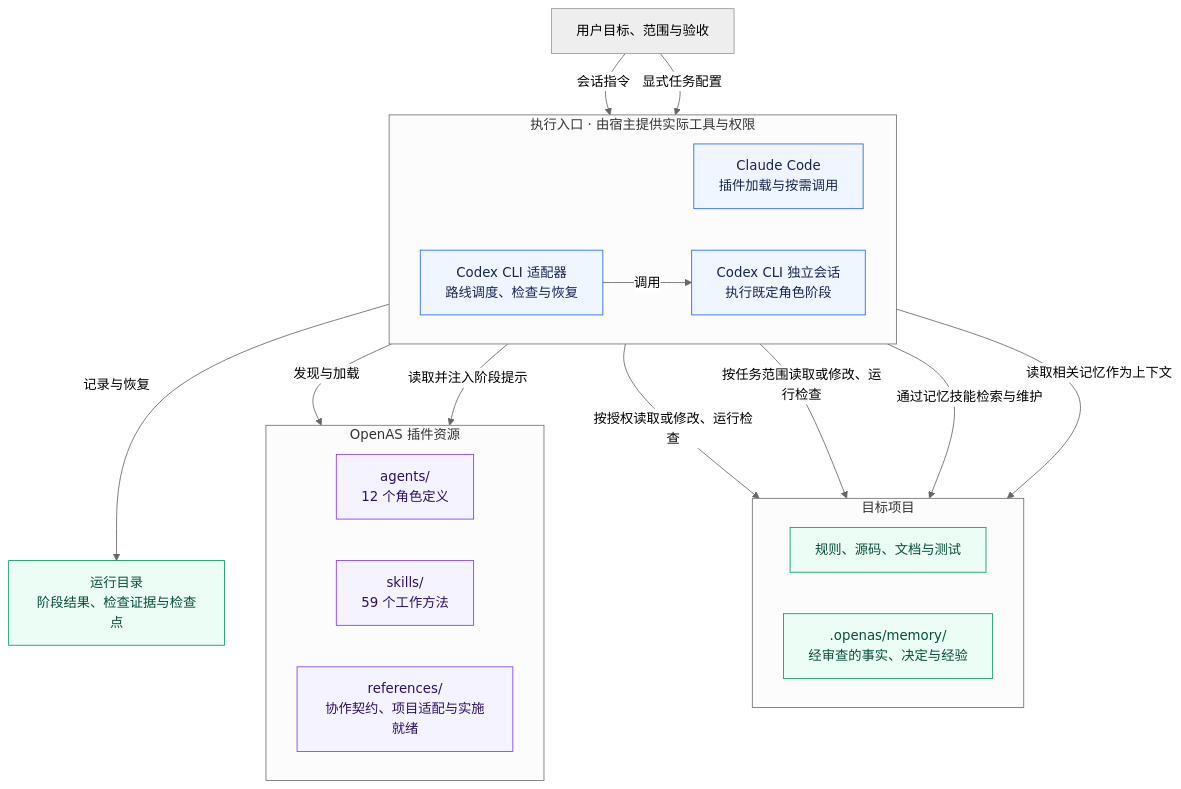
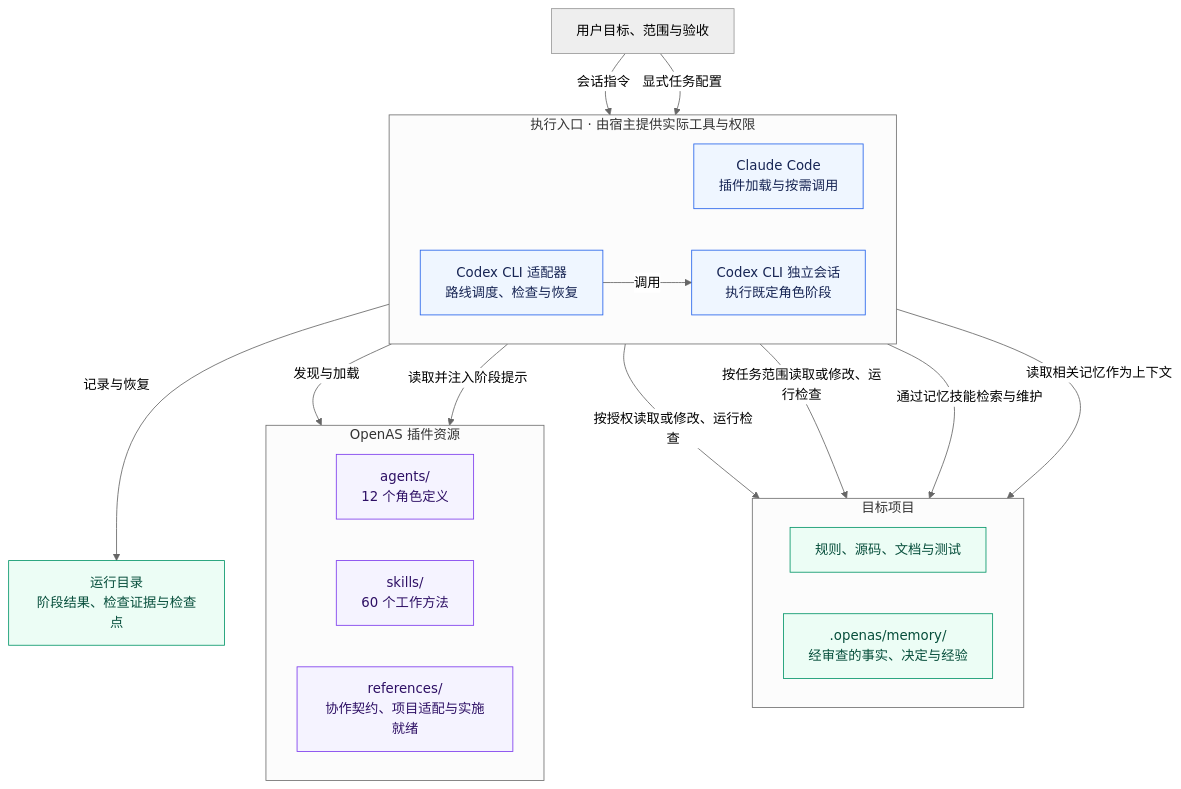
The first of 2 diagrams in README.md (xiangguangxin/OpenAS), drawn with Mermaid (neutral theme) before and after one commit. The commit also changed other lines of this file and 25 other files, not shown here.

````diff
--- a/README.md
+++ b/README.md
@@ -351,44 +352,44 @@
 ```mermaid
 flowchart TB
     user["用户目标、范围与验收"]
 
     subgraph entry["执行入口 · 由宿主提供实际工具与权限"]
         direction LR
         claude["Claude Code<br/>插件加载与按需调用"]
         adapter["Codex CLI 适配器<br/>路线调度、检查与恢复"]
         sessions["Codex CLI 独立会话<br/>执行既定角色阶段"]
         adapter -->|调用| sessions
     end
 
     subgraph bundle["OpenAS 插件资源"]
         direction LR
         agents["agents/<br/>12 个角色定义"]
-        skills["skills/<br/>59 个工作方法"]
+        skills["skills/<br/>60 个工作方法"]
         contracts["references/<br/>协作契约、项目适配与实施就绪"]
     end
 
     subgraph target["目标项目"]
         direction LR
         repo["规则、源码、文档与测试"]
         memory[".openas/memory/<br/>经审查的事实、决定与经验"]
     end
 
     evidence["运行目录<br/>阶段结果、检查证据与检查点"]
 
     user -->|会话指令| claude
     user -->|显式任务配置| adapter
     claude -->|发现与加载| bundle
     adapter -->|读取并注入阶段提示| bundle
     claude -->|按授权读取或修改、运行检查| repo
     sessions -->|按任务范围读取或修改、运行检查| repo
     claude -->|通过记忆技能检索与维护| memory
     adapter -->|读取相关记忆作为上下文| memory
     adapter -->|记录与恢复| evidence
 
     classDef entryStyle fill:#eff6ff,stroke:#2563eb,color:#172554
     classDef resourceStyle fill:#f5f3ff,stroke:#7c3aed,color:#2e1065
     classDef dataStyle fill:#ecfdf5,stroke:#059669,color:#064e3b
     class claude,adapter,sessions entryStyle
     class agents,skills,contracts resourceStyle
     class repo,memory,evidence dataStyle
 ```
````
